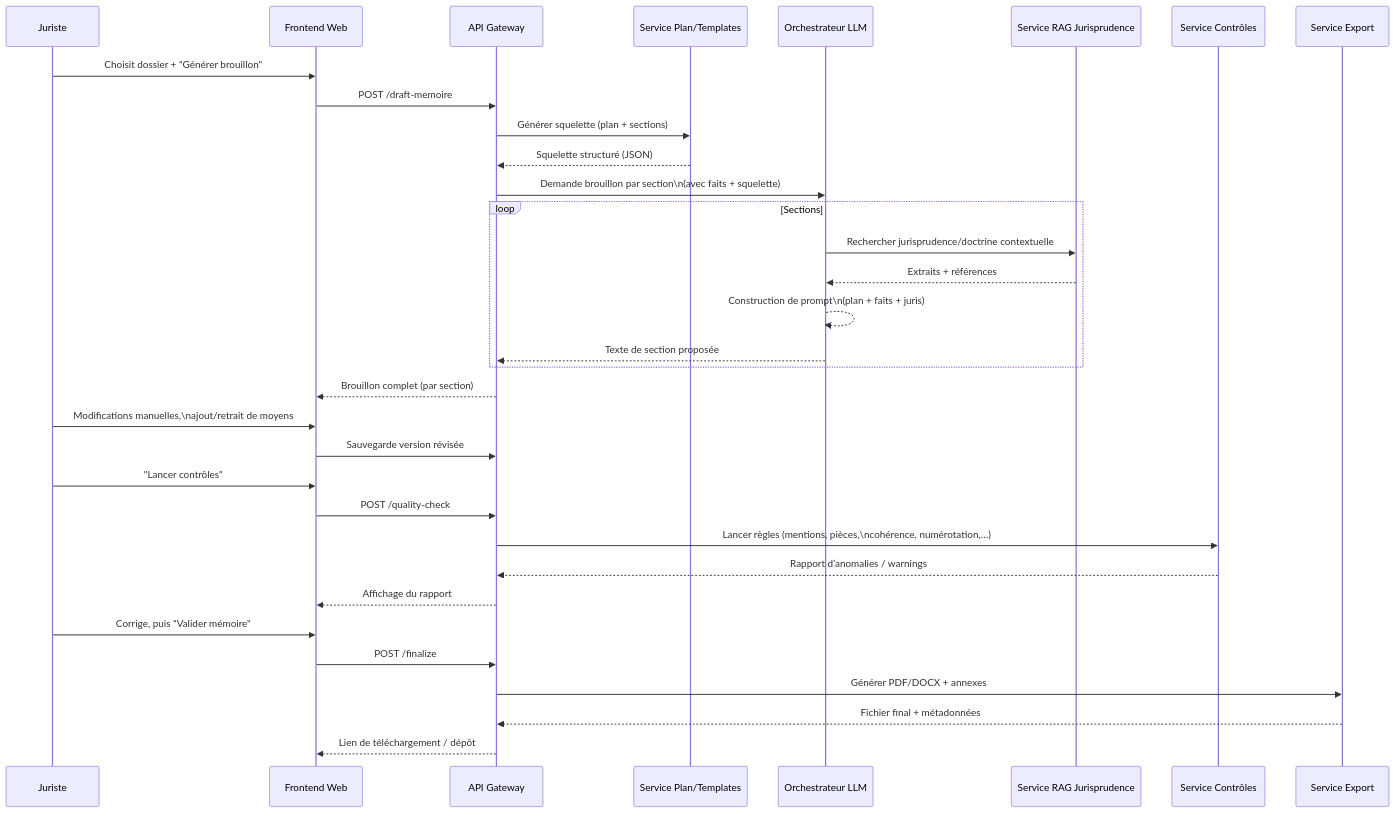
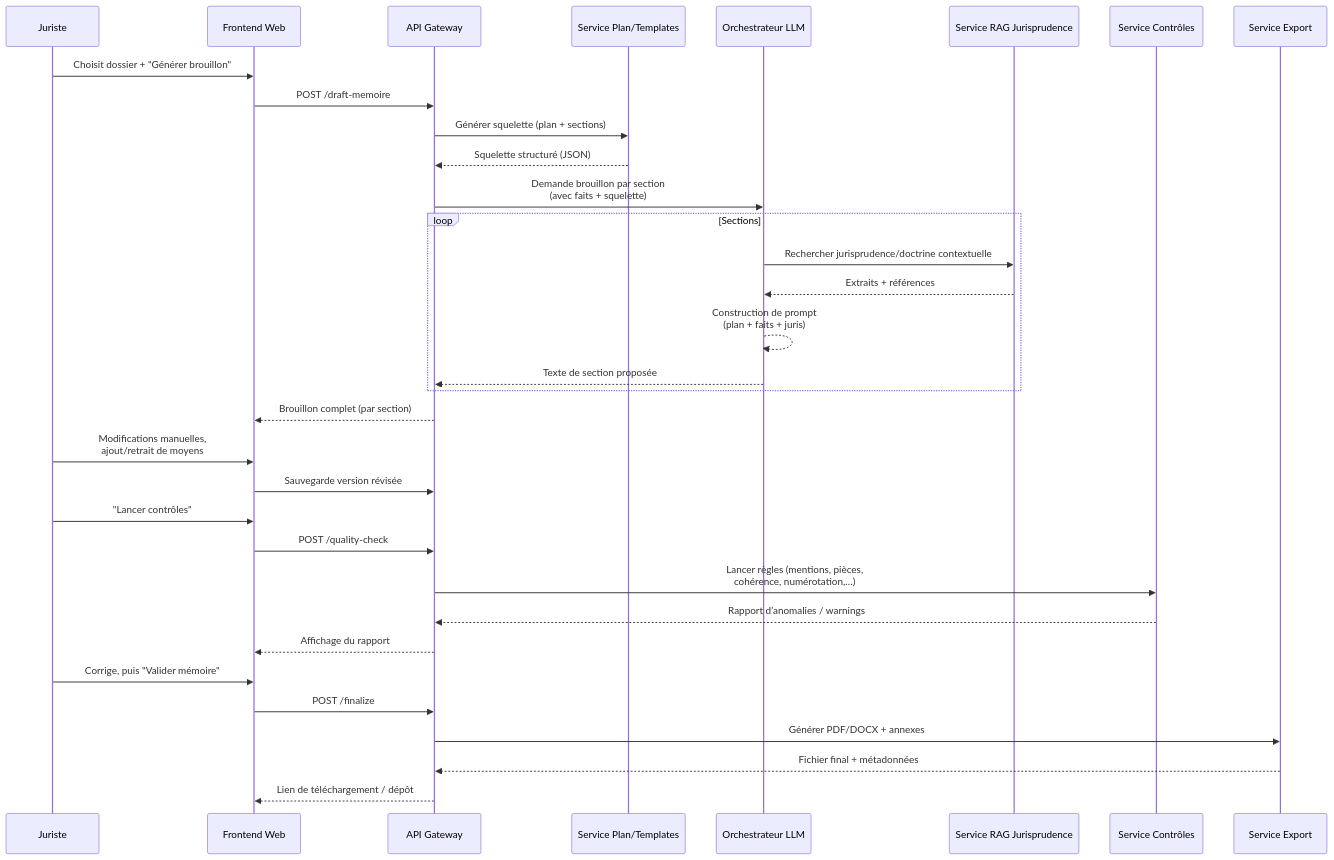
The third of 3 diagrams in buffer.md (ynotopec/legal-agent), drawn with Mermaid before and after one commit. The commit also changed other lines of this file, not shown here.

Commit message:
Fix mermaid diagrams by replacing newline escapes

````diff
--- a/buffer.md
+++ b/buffer.md
@@ -126,40 +126,40 @@
 ```mermaid
 sequenceDiagram
     participant J as Juriste
     participant FE as Frontend Web
     participant API as API Gateway
     participant PLAN as Service Plan/Templates
     participant ORCH as Orchestrateur LLM
     participant RAG as Service RAG Jurisprudence
     participant QA as Service Contrôles
     participant EXP as Service Export
 
     J->>FE: Choisit dossier + "Générer brouillon"
     FE->>API: POST /draft-memoire
     API->>PLAN: Générer squelette (plan + sections)
     PLAN-->>API: Squelette structuré (JSON)
 
-    API->>ORCH: Demande brouillon par section\n(avec faits + squelette)
+    API->>ORCH: Demande brouillon par section<br/>(avec faits + squelette)
     loop Sections
         ORCH->>RAG: Rechercher jurisprudence/doctrine contextuelle
         RAG-->>ORCH: Extraits + références
-        ORCH-->>ORCH: Construction de prompt\n(plan + faits + juris)
+        ORCH-->>ORCH: Construction de prompt<br/>(plan + faits + juris)
         ORCH-->>API: Texte de section proposée
     end
 
     API-->>FE: Brouillon complet (par section)
-    J->>FE: Modifications manuelles,\najout/retrait de moyens
+    J->>FE: Modifications manuelles,<br/>ajout/retrait de moyens
     FE->>API: Sauvegarde version révisée
 
     J->>FE: "Lancer contrôles"
     FE->>API: POST /quality-check
-    API->>QA: Lancer règles (mentions, pièces,\ncohérence, numérotation,…)
+    API->>QA: Lancer règles (mentions, pièces,<br/>cohérence, numérotation,…)
     QA-->>API: Rapport d’anomalies / warnings
     API-->>FE: Affichage du rapport
 
     J->>FE: Corrige, puis "Valider mémoire"
     FE->>API: POST /finalize
     API->>EXP: Générer PDF/DOCX + annexes
     EXP-->>API: Fichier final + métadonnées
     API-->>FE: Lien de téléchargement / dépôt
 ```
````
